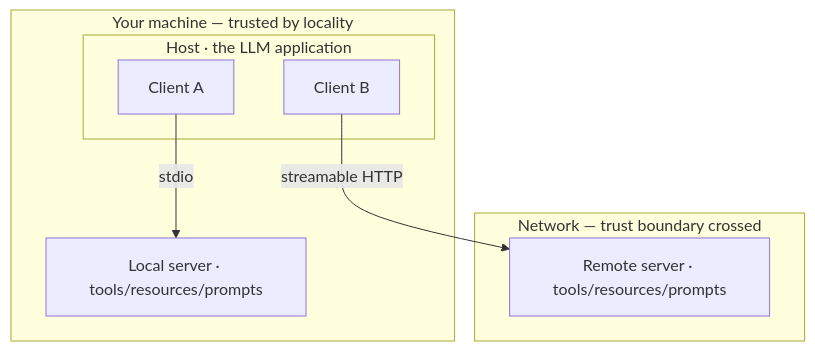
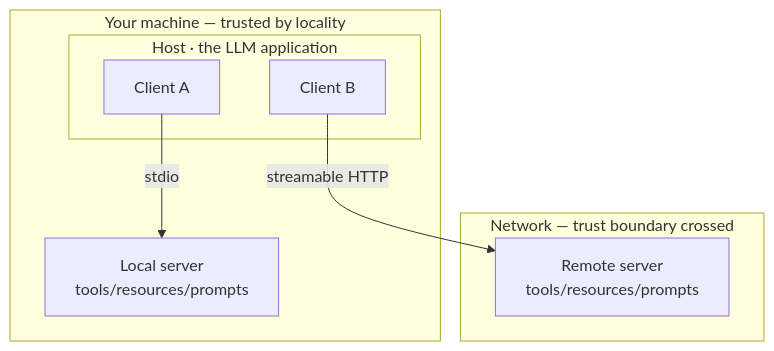
The first of 2 diagrams in docs/part-2-agents/mcp/deep-dive.md (NikolaiSachok/ai-engineering-handbook), drawn with Mermaid before and after one commit. The commit also changed 21 other files, not shown here.

First line of the commit message:
fix(i18n): reconcile 28 drifted diagrams and make the parity gate read inside a fence (#453)

````diff
--- a/docs/part-2-agents/mcp/deep-dive.md
+++ b/docs/part-2-agents/mcp/deep-dive.md
@@ -35,15 +35,15 @@
 ```mermaid
 flowchart TB
     subgraph Trusted["Your machine — trusted by locality"]
         subgraph Host["Host · the LLM application"]
             CA["Client A"]
             CB["Client B"]
         end
-        SL["Local server · tools/resources/prompts"]
+        SL["Local server<br/>tools/resources/prompts"]
         CA -->|"stdio"| SL
     end
     subgraph Untrusted["Network — trust boundary crossed"]
-        SR["Remote server · tools/resources/prompts"]
+        SR["Remote server<br/>tools/resources/prompts"]
     end
     CB -->|"streamable HTTP"| SR
 ```
````
